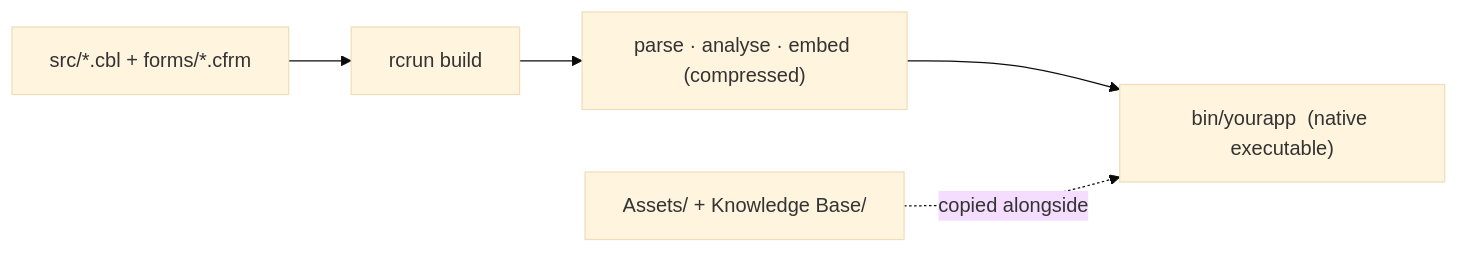
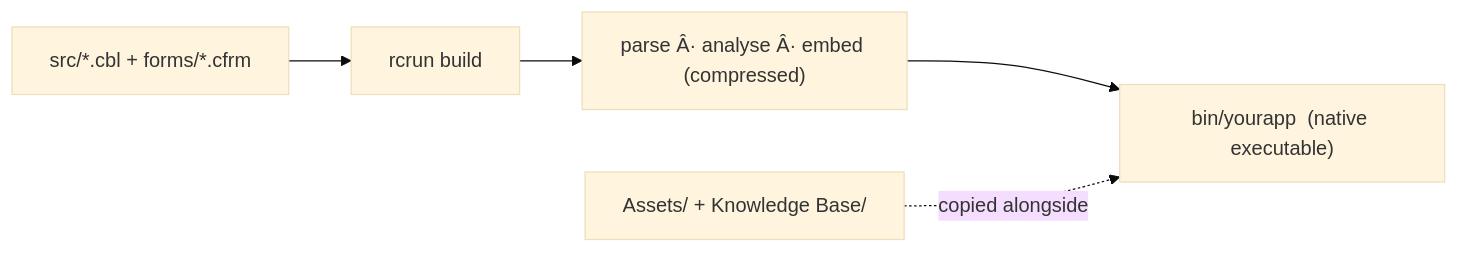
One commit to CloudLandBeta/PowerRustCOBOL changed the eighth of 8 diagrams in docs/developers-guide-en.md. Above: the diagram before and after it, drawn with Mermaid (base theme). The commit also changed other lines of this file and 4 other files, not shown here.

````diff
--- a/docs/developers-guide-en.md
+++ b/docs/developers-guide-en.md
@@ -4073,7 +4078,7 @@
 ```mermaid
 flowchart LR
     SRC["src/*.cbl + forms/*.cfrm"] --> COMPILE["rcrun build"]
-    COMPILE --> EMBED["parse · analyse · embed (compressed)"]
+    COMPILE --> EMBED["parse Â· analyse Â· embed (compressed)"]
     EMBED --> EXE["bin/yourapp  (native executable)"]
     ASSETS["Assets/ + Knowledge Base/"] -. "copied alongside" .-> EXE
 ```
````
